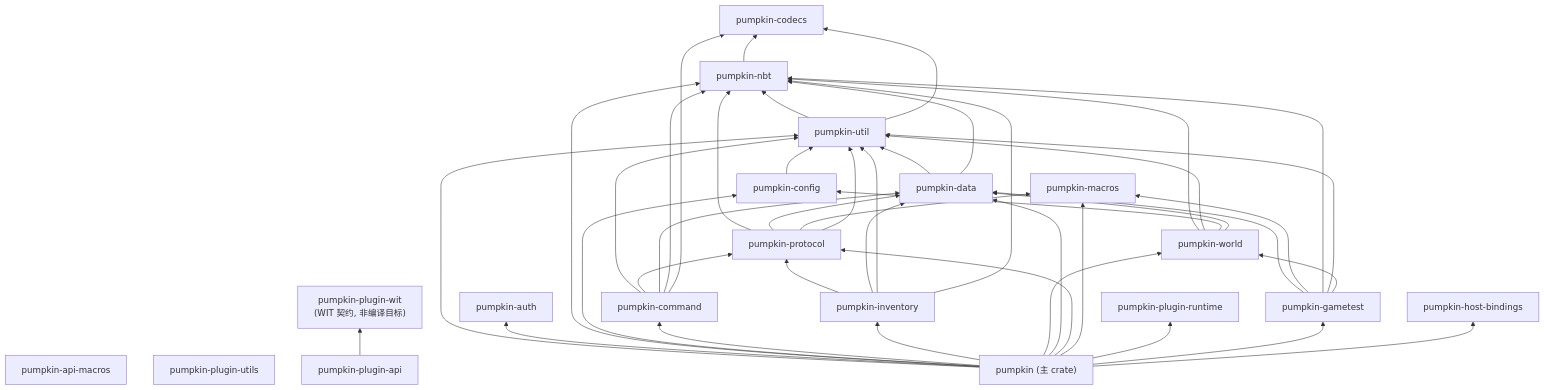
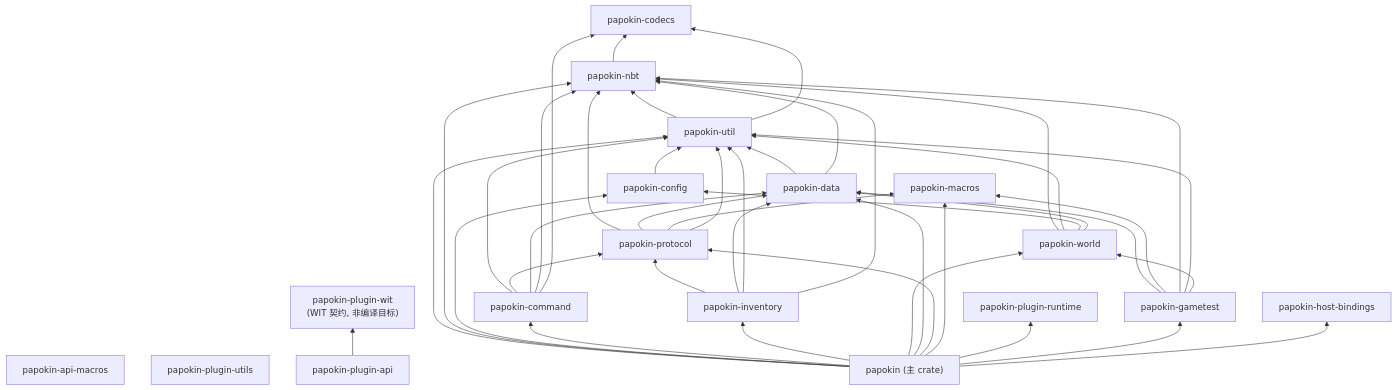
The first of 3 diagrams in note/03-依赖关系.md (Quotidietium/Papokin), drawn with Mermaid before and after one commit. The commit also changed other lines of this file, not shown here.

Commit message:
docs(note): 依赖关系去除基岩定性与 auth 节点，id_remap 改存档重映射

````diff
--- a/note/03-依赖关系.md
+++ b/note/03-依赖关系.md
@@ -9,35 +9,34 @@
 ```mermaid
 graph BT
     %% 基础层（无内部依赖）
-    CODECS["pumpkin-codecs"]
-    AUTH["pumpkin-auth"]
-    MACROS["pumpkin-macros"]
-    APIMACROS["pumpkin-api-macros"]
-    HBIND["pumpkin-host-bindings"]
-    WIT["pumpkin-plugin-wit<br/>(WIT 契约, 非编译目标)"]
-    RUNTIME["pumpkin-plugin-runtime"]
-    PUTILS["pumpkin-plugin-utils"]
+    CODECS["papokin-codecs"]
+    MACROS["papokin-macros"]
+    APIMACROS["papokin-api-macros"]
+    HBIND["papokin-host-bindings"]
+    WIT["papokin-plugin-wit<br/>(WIT 契约, 非编译目标)"]
+    RUNTIME["papokin-plugin-runtime"]
+    PUTILS["papokin-plugin-utils"]
 
     %% 第二层
-    NBT["pumpkin-nbt"] --> CODECS
-    UTIL["pumpkin-util"] --> NBT & CODECS
-    PAPI["pumpkin-plugin-api"] --> WIT
-    CONFIG["pumpkin-config"] --> UTIL
+    NBT["papokin-nbt"] --> CODECS
+    UTIL["papokin-util"] --> NBT & CODECS
+    PAPI["papokin-plugin-api"] --> WIT
+    CONFIG["papokin-config"] --> UTIL
 
     %% 数据层
-    DATA["pumpkin-data"] --> UTIL & NBT
+    DATA["papokin-data"] --> UTIL & NBT
 
     %% 协议层
-    PROTO["pumpkin-protocol"] --> NBT & DATA & MACROS & UTIL
+    PROTO["papokin-protocol"] --> NBT & DATA & MACROS & UTIL
 
     %% 引擎层
-    PW["pumpkin-world"] --> NBT & UTIL & CONFIG & DATA
+    PW["papokin-world"] --> NBT & UTIL & CONFIG & DATA
 
     %% 功能层
-    PCMD["pumpkin-command"] --> UTIL & PROTO & DATA & NBT & CODECS
-    INV["pumpkin-inventory"] --> PROTO & DATA & UTIL & NBT
-    GAMETEST["pumpkin-gametest"] --> DATA & MACROS & NBT & UTIL & PW
+    PCMD["papokin-command"] --> UTIL & PROTO & DATA & NBT & CODECS
+    INV["papokin-inventory"] --> PROTO & DATA & UTIL & NBT
+    GAMETEST["papokin-gametest"] --> DATA & MACROS & NBT & UTIL & PW
 
     %% 主 crate
-    PUMPKIN["pumpkin (主 crate)"] --> UTIL & AUTH & NBT & CONFIG & PCMD & INV & PW & DATA & PROTO & MACROS & RUNTIME & GAMETEST & HBIND
+    PAPOKIN["papokin (主 crate)"] --> UTIL & NBT & CONFIG & PCMD & INV & PW & DATA & PROTO & MACROS & RUNTIME & GAMETEST & HBIND
 ```
````
